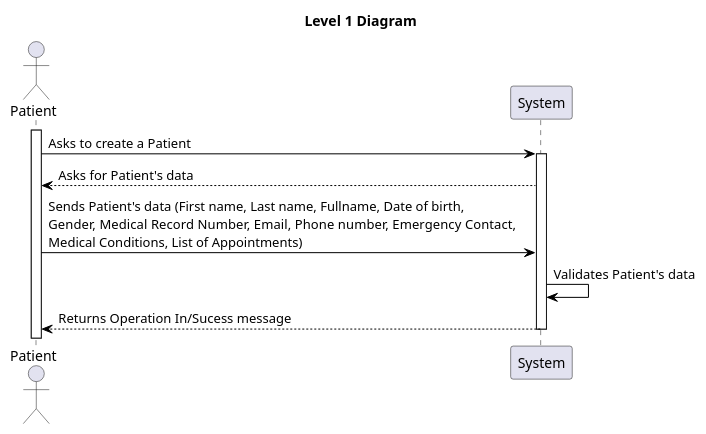
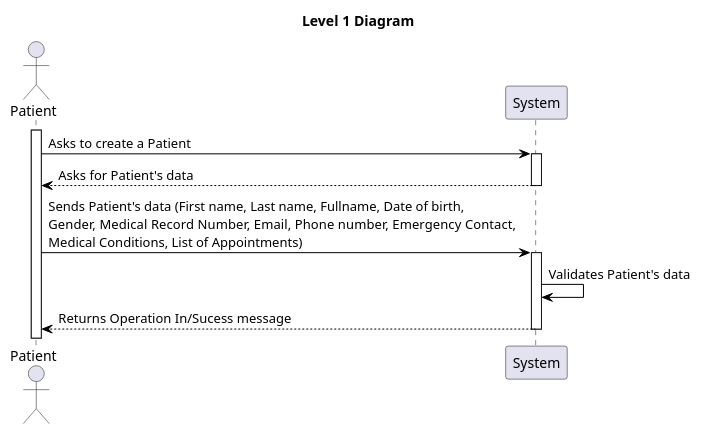
The diagram in docs/sprint_A/us_5.1.3/level_1/puml/level_1.puml (vscosousa/LAPR5_3DC_G15), drawn with PlantUML before and after one commit. The commit also changed 36 other files, not shown here.

```diff
--- a/docs/sprint_A/us_5.1.3/level_1/puml/level_1.puml
+++ b/docs/sprint_A/us_5.1.3/level_1/puml/level_1.puml
@@ -1,31 +1,33 @@
 @startuml level_1
 
 title Level 1 Diagram
 
 hide empty members
 'skinparam Linetype ortho
 
 skinparam class {
     BackgroundColor<<valueObject>> #D6EAF8
     BackgroundColor<<root>> #FDEBD0
     BackgroundColor<<service>> #D1F2EB
     BackgroundColor #FEF9E7
     ArrowColor Black
 }
 
 skinparam package {
     BackgroundColor #EBF5FB
 }
 
 actor Patient as P
 
 activate P
 P -> System: Asks to create a Patient
 activate System
 System --> P: Asks for Patient's data
+deactivate System
 P -> System: Sends Patient's data (First name, Last name, Fullname, Date of birth, \nGender, Medical Record Number, Email, Phone number, Emergency Contact, \nMedical Conditions, List of Appointments)
+activate System
 System -> System: Validates Patient's data
 System --> P: Returns Operation In/Sucess message
 deactivate System
 
 @enduml
```
